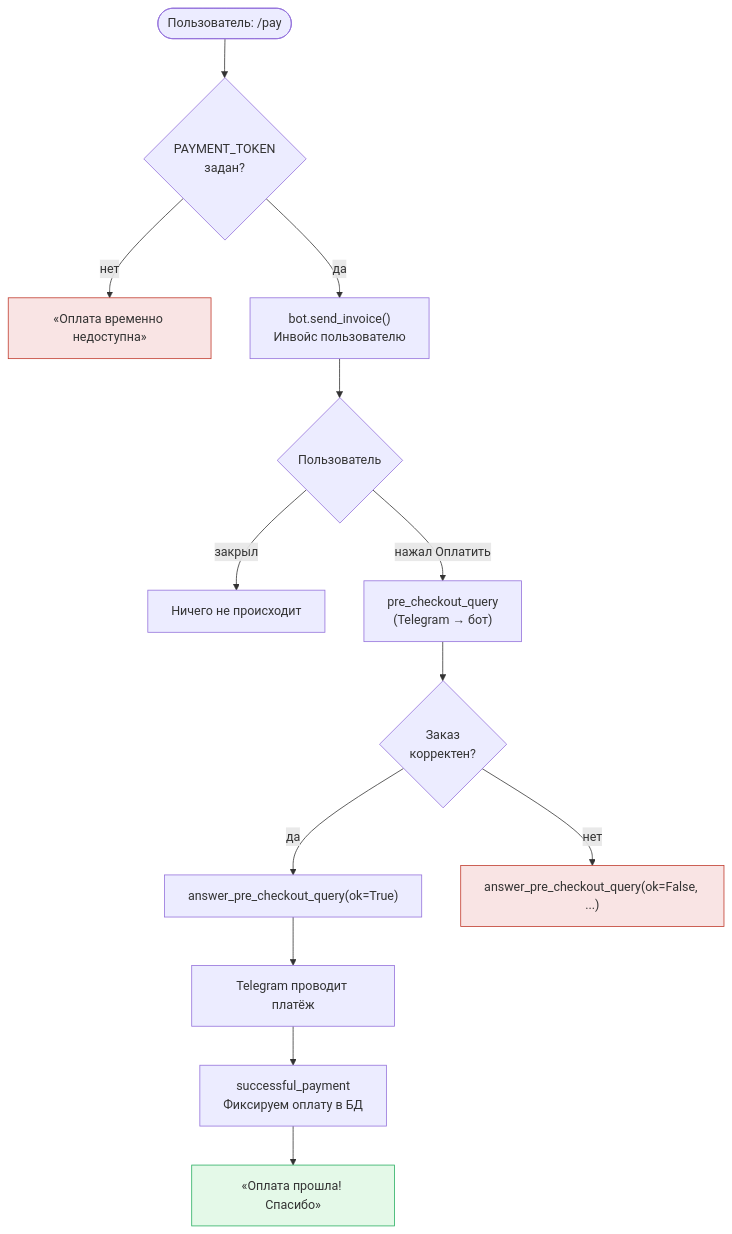
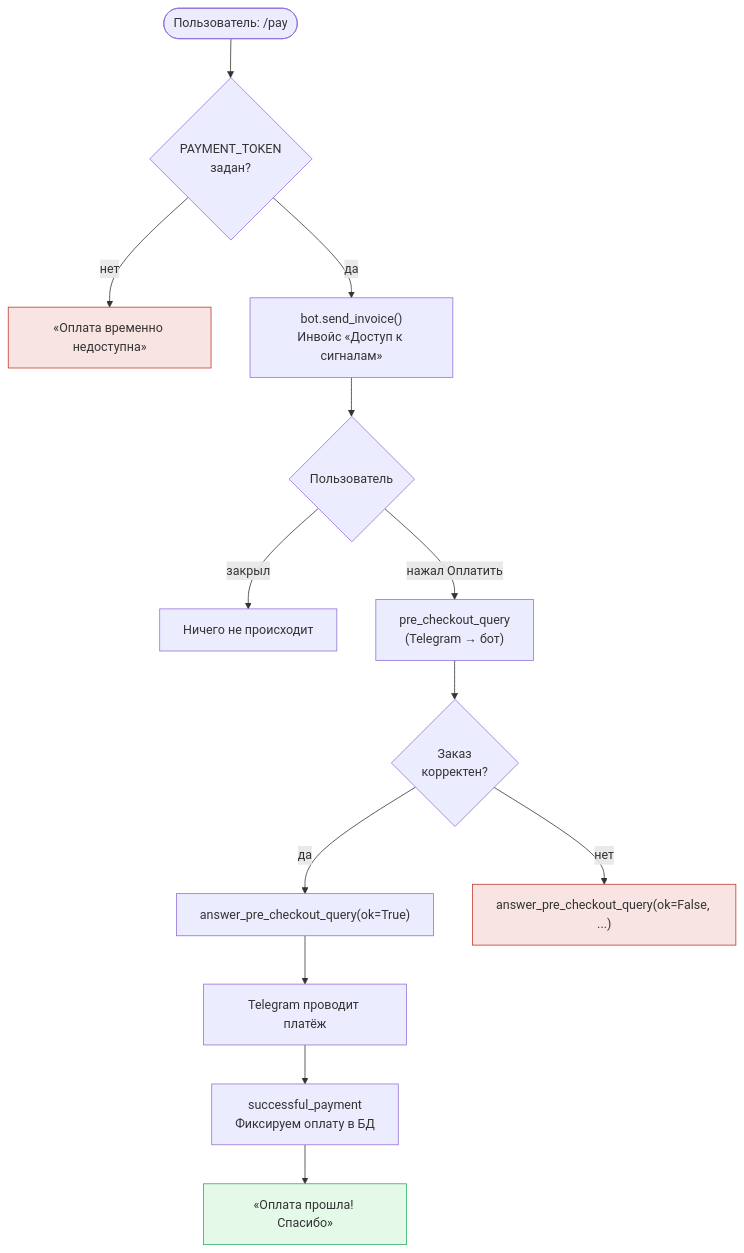
Before and after one commit to Shanya111/iron-wake: the fourth of 4 diagrams in CLAUDE.md, drawn with Mermaid. The commit also changed other lines of this file and 5 other files, not shown here.

````diff
--- a/CLAUDE.md
+++ b/CLAUDE.md
@@ -815,27 +805,27 @@
 ```mermaid
 flowchart TD
     PAY(["Пользователь: /pay"])
 
     PAY --> CHECK_TOKEN{PAYMENT_TOKEN\nзадан?}
     CHECK_TOKEN -->|нет| UNAVAIL["«Оплата временно недоступна»"]
-    CHECK_TOKEN -->|да| INVOICE["bot.send_invoice()\nИнвойс пользователю"]
+    CHECK_TOKEN -->|да| INVOICE["bot.send_invoice()\nИнвойс «Доступ к сигналам»"]
 
     INVOICE --> USER_ACTION{Пользователь}
     USER_ACTION -->|закрыл| DONE["Ничего не происходит"]
     USER_ACTION -->|нажал Оплатить| PRE["pre_checkout_query\n(Telegram → бот)"]
 
     PRE --> VALIDATE{Заказ\nкорректен?}
     VALIDATE -->|да| OK["answer_pre_checkout_query(ok=True)"]
     VALIDATE -->|нет| FAIL["answer_pre_checkout_query(ok=False, ...)"]
 
     OK --> PAYMENT["Telegram проводит платёж"]
     PAYMENT --> SUCCESS["successful_payment\nФиксируем оплату в БД"]
     SUCCESS --> CONFIRM["«Оплата прошла! Спасибо»"]
 
     FAIL:::err
     UNAVAIL:::err
     CONFIRM:::success
 
     classDef success fill:#e4f9e8,stroke:#27ae60,color:#333
     classDef err fill:#f9e4e4,stroke:#c0392b,color:#333
 ```
````
